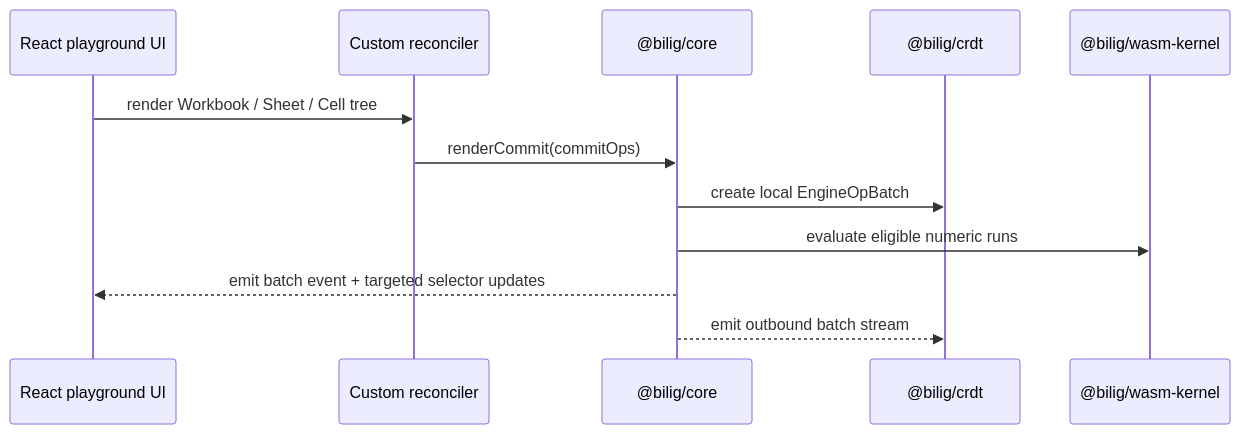
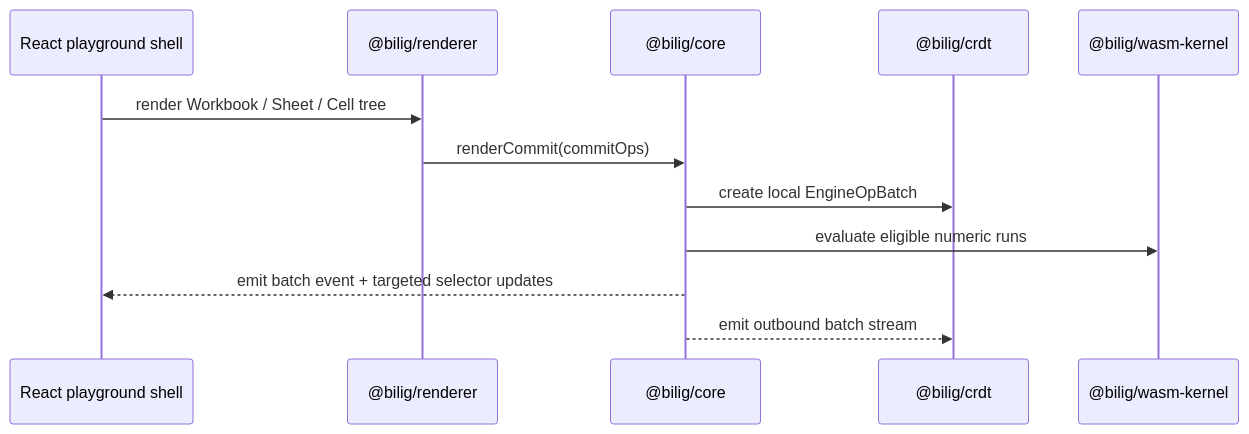
Before and after one commit to proompteng/bilig: the second of 2 diagrams in docs/architecture.md, drawn with Mermaid. The commit also changed other lines of this file and 60 other files, not shown here.

````diff
--- a/docs/architecture.md
+++ b/docs/architecture.md
@@ -39,15 +39,15 @@
 ```mermaid
 sequenceDiagram
-  participant UI as React playground UI
-  participant REC as Custom reconciler
+  participant UI as React playground shell
+  participant REC as @bilig/renderer
   participant CORE as @bilig/core
   participant CRDT as @bilig/crdt
   participant WASM as @bilig/wasm-kernel
 
   UI->>REC: render Workbook / Sheet / Cell tree
   REC->>CORE: renderCommit(commitOps)
   CORE->>CRDT: create local EngineOpBatch
   CORE->>WASM: evaluate eligible numeric runs
   CORE-->>UI: emit batch event + targeted selector updates
   CORE-->>CRDT: emit outbound batch stream
 ```
````
